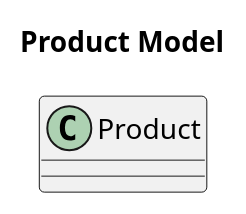
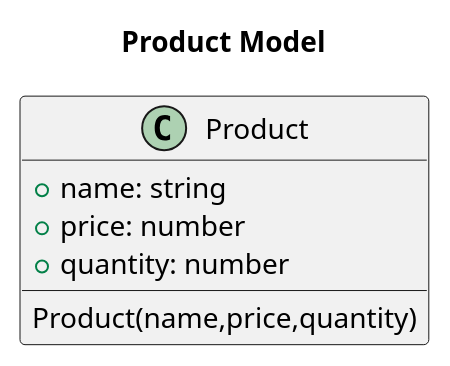
Before and after one commit to SELIMCNR/Uygulamlarla-Nesne-Yonelimli-Programlama-Farkl-D-ler: the diagram in Python/chapter_04_01_productmodel.wsd, drawn with PlantUML. The commit also changed 1 other file, not shown here.

```diff
--- a/Python/chapter_04_01_productmodel.wsd
+++ b/Python/chapter_04_01_productmodel.wsd
@@ -1,9 +1,12 @@
 @startuml class Diagram 
 title Product Model
 
 class Product{
-    
+    +name: string
+    +price: number
+    +quantity: number
+    Product(name,price,quantity)    
 }
 
 
 @enduml 
```
